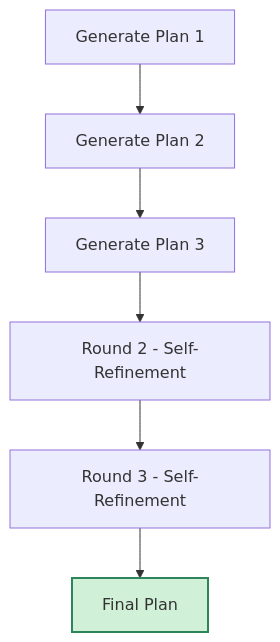
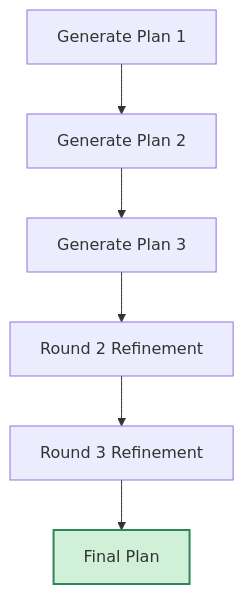
The second of 2 diagrams in README.md (jalehman/mcp-sage), drawn with Mermaid before and after one commit. The commit also changed other lines of this file, not shown here.

First line of the commit message:
fix: update Mermaid diagrams for GitHub compatibility

````diff
--- a/README.md
+++ b/README.md
@@ -108,9 +108,9 @@
 ```mermaid
 flowchart TD
   C1["Generate Plan 1"] --> C2["Generate Plan 2"] --> C3["Generate Plan 3"]
-  C3 --> R2["Round 2 - Self-Refinement"]
-  R2 --> R3["Round 3 - Self-Refinement"]
+  C3 --> R2["Round 2 Refinement"]
+  R2 --> R3["Round 3 Refinement"]
   R3 --> FCoRT["Final Plan"]
   
   style FCoRT fill:#D0F0D7,stroke:#2F855A,stroke-width:2px
 ```
````
